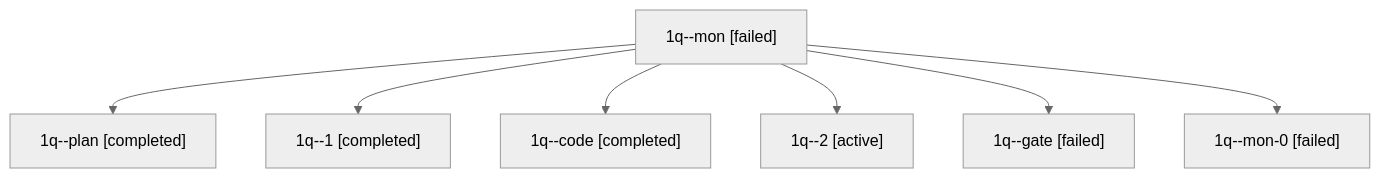
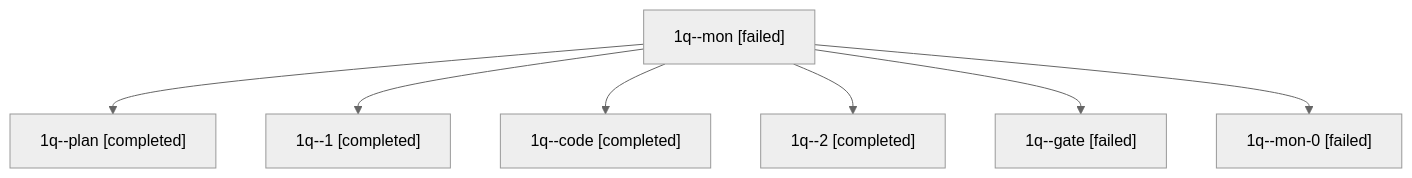
One commit to sase-org/sase--agents changed the diagram in sessions/bbugyi200.apollo.1q.md. Above: the diagram before and after it, drawn with Mermaid (neutral theme). The commit also changed other lines of this file and 21 other files, not shown here.

````diff
--- a/sessions/bbugyi200.apollo.1q.md
+++ b/sessions/bbugyi200.apollo.1q.md
@@ -9,16 +9,16 @@
 ```mermaid
 flowchart TD
   n0["1q--mon [failed]"]
   n1["1q--plan [completed]"]
   n0 --> n1
   n2["1q--1 [completed]"]
   n0 --> n2
   n3["1q--code [completed]"]
   n0 --> n3
-  n4["1q--2 [active]"]
+  n4["1q--2 [completed]"]
   n0 --> n4
   n5["1q--gate [failed]"]
   n0 --> n5
   n6["1q--mon-0 [failed]"]
   n0 --> n6
 ```
````
